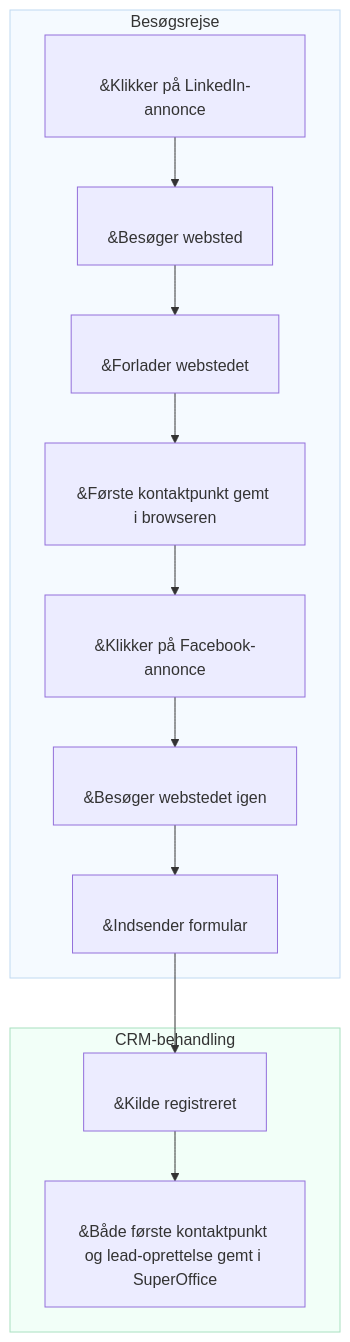
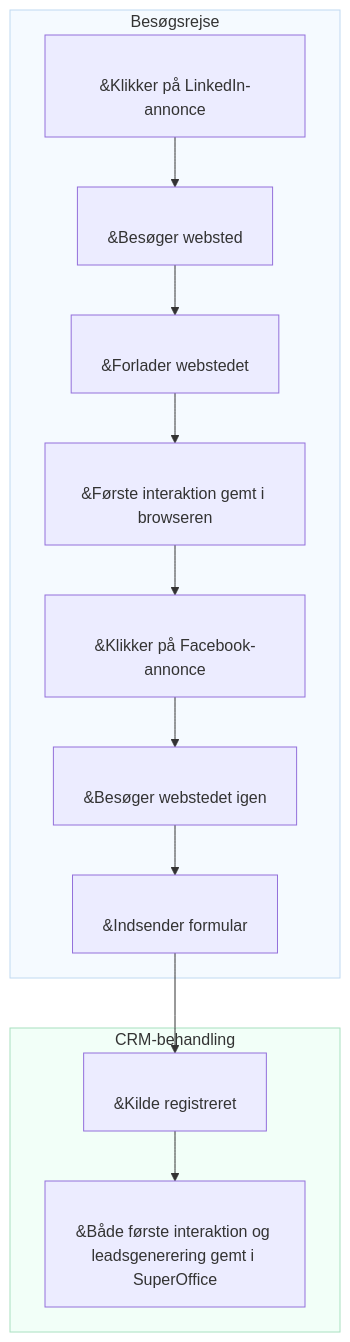
One commit to SuperOfficeDocs/superoffice-docs changed the diagram in docs/da/marketing/utm/learn/index.md. Above: the diagram before and after it, drawn with Mermaid. The commit also changed other lines of this file and 6 other files, not shown here.

````diff
--- a/docs/da/marketing/utm/learn/index.md
+++ b/docs/da/marketing/utm/learn/index.md
@@ -57,19 +57,19 @@
 ```mermaid
 flowchart TD
     subgraph Journey["Besøgsrejse"]
         A["<br/>&#8203;Klikker på LinkedIn-annonce<br/> "] --> B["<br/>&#8203;Besøger websted<br/> "]
         B --> C["<br/>&#8203;Forlader webstedet<br/> "]
-        C --> D["<br/>&#8203;Første kontaktpunkt gemt i browseren<br/> "]
+        C --> D["<br/>&#8203;Første interaktion gemt i browseren<br/> "]
         D --> E["<br/>&#8203;Klikker på Facebook-annonce<br/> "]
         E --> F["<br/>&#8203;Besøger webstedet igen<br/> "]
         F --> G["<br/>&#8203;Indsender formular<br/> "]
     end
 
     subgraph CRM["CRM-behandling"]
         G --> H["<br/>&#8203;Kilde registreret<br/> "]
-        H --> I["<br/>&#8203;Både første kontaktpunkt og lead-oprettelse gemt i SuperOffice<br/> "]
+        H --> I["<br/>&#8203;Både første interaktion og leadsgenerering gemt i SuperOffice<br/> "]
     end
 
     style Journey fill:#f5faff,stroke:#c0d9f1,stroke-width:1px
     style CRM fill:#f2fff8,stroke:#a8e0c0,stroke-width:1px
 ```
````
